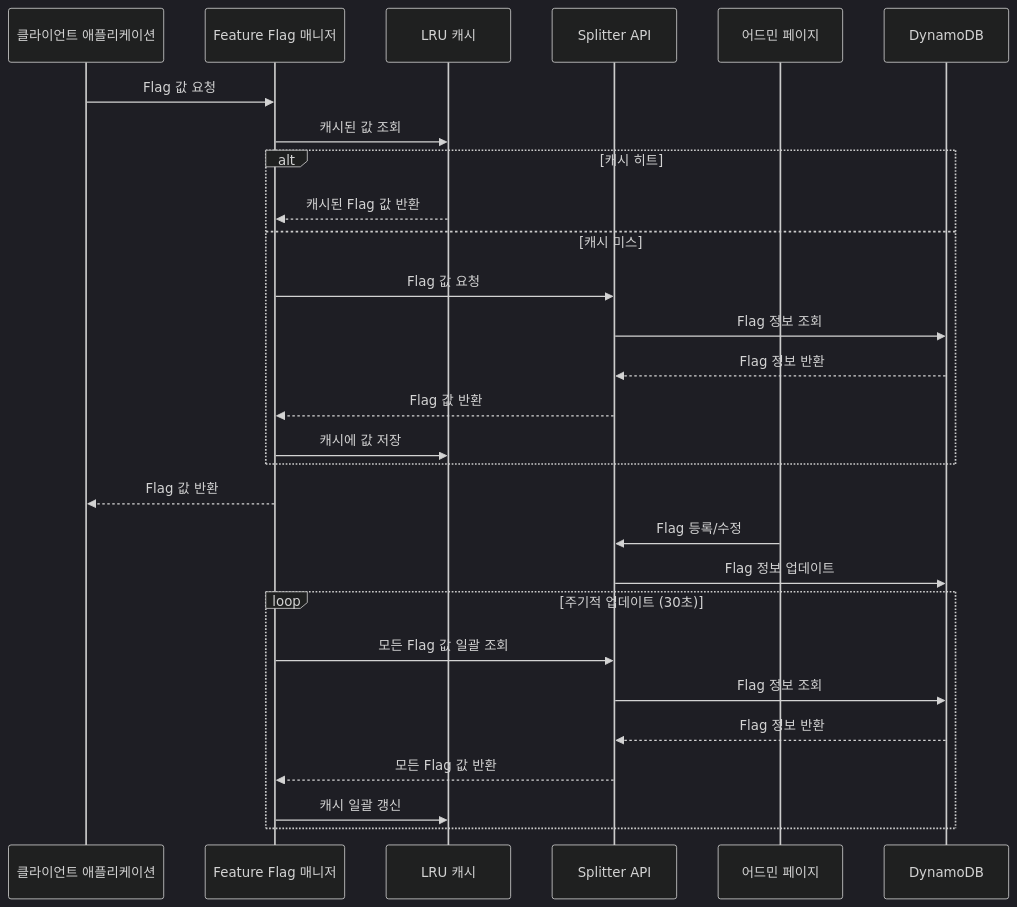
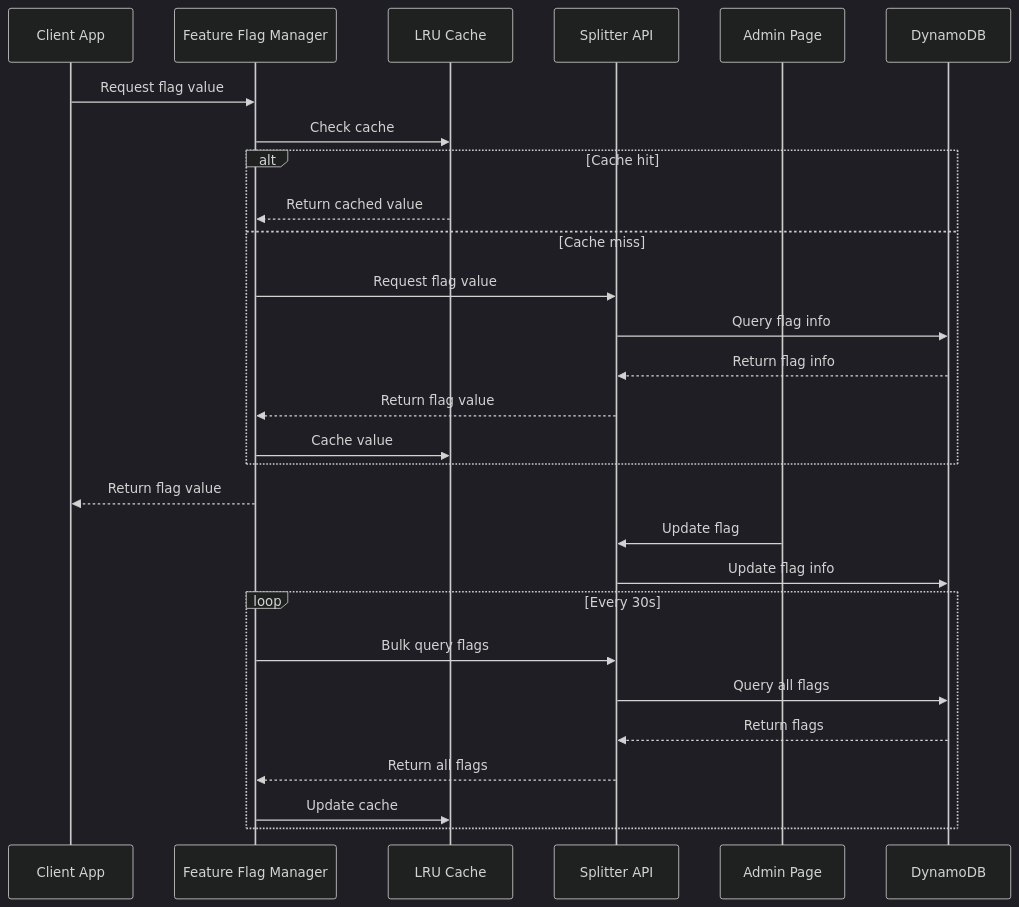
Before and after one commit to yeokyeong-yoon/yeokyeong-yoon.github.io: the diagram in _posts/2025-03-16-feature-flag-part1.md, drawn with Mermaid (dark theme). The commit also changed other lines of this file, not shown here.

Commit message:
fix:Syntax error in text mermaid version 10.6.1

```diff
--- a/_posts/2025-03-16-feature-flag-part1.md
+++ b/_posts/2025-03-16-feature-flag-part1.md
@@ -93,35 +93,35 @@
   <div class="mermaid" style="max-width:600px; margin:0 auto; transform:scale(0.8); transform-origin:center;">
-  sequenceDiagram
-    participant Client as 클라이언트 애플리케이션
-    participant FManager as Feature Flag 매니저
-    participant LRU as LRU 캐시
+sequenceDiagram
+    participant Client as Client App
+    participant FManager as Feature Flag Manager 
+    participant LRU as LRU Cache
     participant Splitter as Splitter API
-    participant Admin as 어드민 페이지
+    participant Admin as Admin Page
     participant DB as DynamoDB
+
+    Client->>FManager: Request flag value
+    FManager->>LRU: Check cache
     
-    Client->>FManager: Flag 값 요청
-    FManager->>LRU: 캐시된 값 조회
-    
-    alt 캐시 히트
-      LRU-->>FManager: 캐시된 Flag 값 반환
-    else 캐시 미스
-      FManager->>Splitter: Flag 값 요청
-      Splitter->>DB: Flag 정보 조회
-      DB-->>Splitter: Flag 정보 반환
-      Splitter-->>FManager: Flag 값 반환
-      FManager->>LRU: 캐시에 값 저장
+    alt Cache hit
+        LRU-->>FManager: Return cached value
+    else Cache miss
+        FManager->>Splitter: Request flag value
+        Splitter->>DB: Query flag info
+        DB-->>Splitter: Return flag info
+        Splitter-->>FManager: Return flag value
+        FManager->>LRU: Cache value
     end
-    
-    FManager-->>Client: Flag 값 반환
-    
-    Admin->>Splitter: Flag 등록/수정
-    Splitter->>DB: Flag 정보 업데이트
-    
-    loop 주기적 업데이트 (30초)
-      FManager->>Splitter: 모든 Flag 값 일괄 조회
-      Splitter->>DB: Flag 정보 조회
-      DB-->>Splitter: Flag 정보 반환
-      Splitter-->>FManager: 모든 Flag 값 반환
-      FManager->>LRU: 캐시 일괄 갱신
+
+    FManager-->>Client: Return flag value
+
+    Admin->>Splitter: Update flag
+    Splitter->>DB: Update flag info
+
+    loop Every 30s
+        FManager->>Splitter: Bulk query flags
+        Splitter->>DB: Query all flags
+        DB-->>Splitter: Return flags
+        Splitter-->>FManager: Return all flags
+        FManager->>LRU: Update cache
     end
   </div>
```
